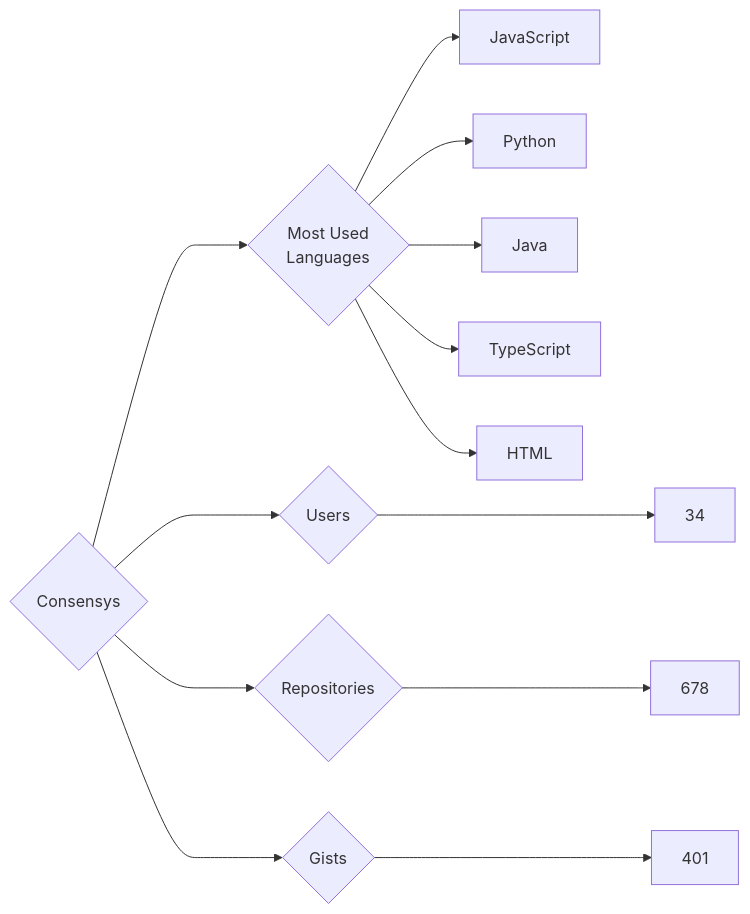
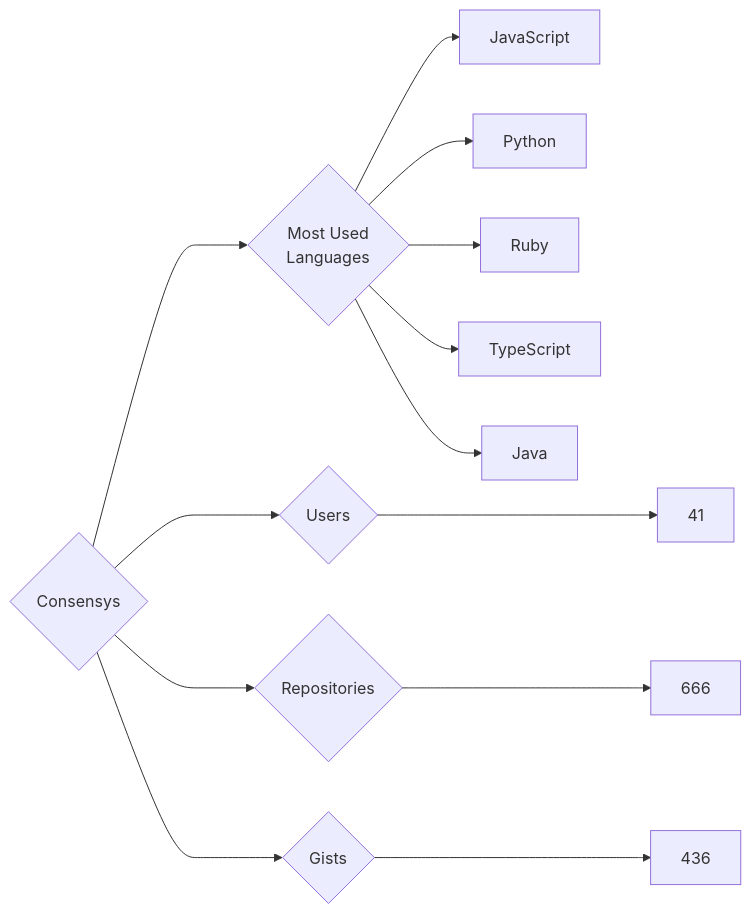
The diagram in targets/Consensys/README.md (trickest/insiders), drawn with Mermaid before and after one commit. The commit also changed 953 other files, not shown here.

````diff
--- a/targets/Consensys/README.md
+++ b/targets/Consensys/README.md
@@ -3,13 +3,13 @@
 ```mermaid
 graph LR
 COMPANY_NAME{Consensys}
-COMPANY_NAME ---> U{Users} ---> UN[34]
-COMPANY_NAME ---> R{Repositories} ---> RN[678]
-COMPANY_NAME ---> G{Gists} ---> GN[401]
+COMPANY_NAME ---> U{Users} ---> UN[41]
+COMPANY_NAME ---> R{Repositories} ---> RN[666]
+COMPANY_NAME ---> G{Gists} ---> GN[436]
 COMPANY_NAME ---> ML{Most Used<br>Languages}
 ML --> JavaScript[JavaScript]
 ML --> Python[Python]
+ML --> Ruby[Ruby]
+ML --> TypeScript[TypeScript]
 ML --> Java[Java]
-ML --> TypeScript[TypeScript]
-ML --> HTML[HTML]
 ```
````
